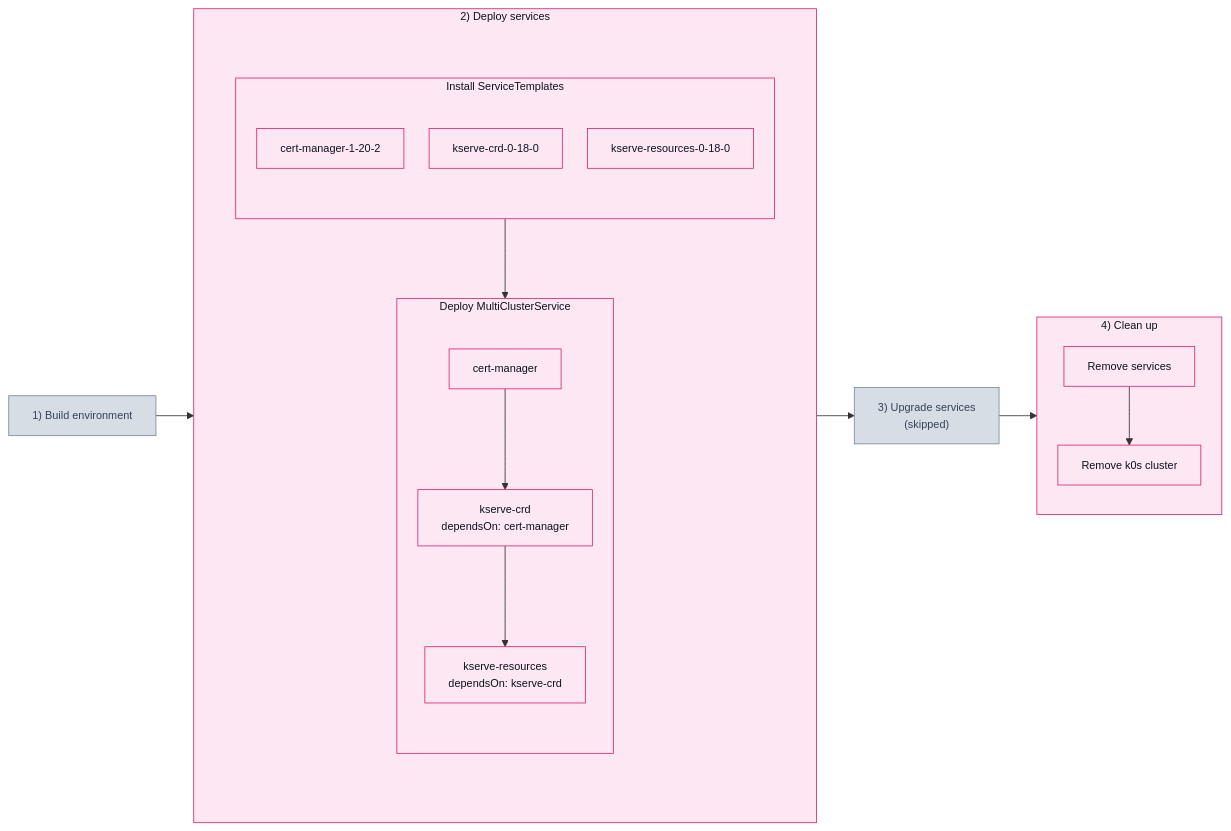
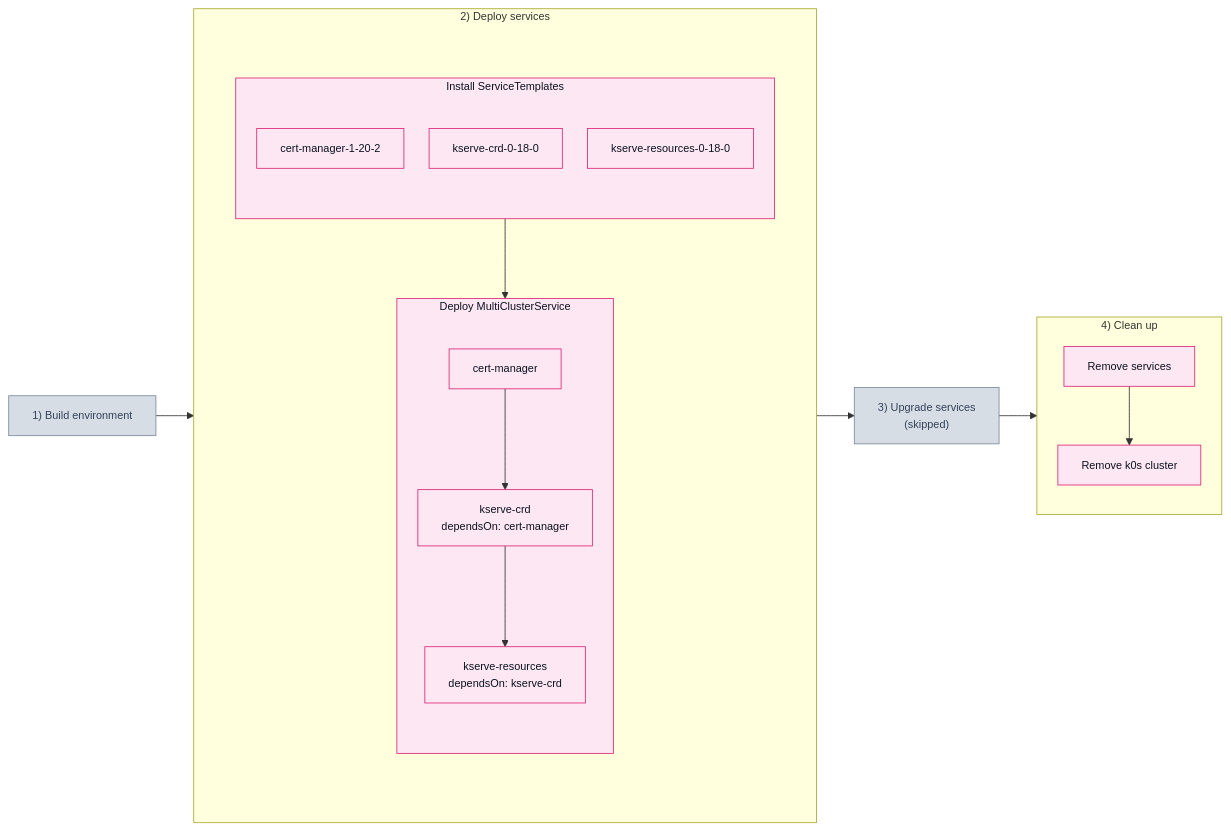
Before and after one commit to josef-hak/ksm-tests: the second of 2 diagrams in test_scenarios/201_svcdep.md, drawn with Mermaid.

Commit message:
docs: leave the phase frames unstyled

````diff
--- a/test_scenarios/201_svcdep.md
+++ b/test_scenarios/201_svcdep.md
@@ -29,40 +29,40 @@
 ```mermaid
 %%{init: {'themeVariables': {'fontFamily': 'ui-monospace, SFMono-Regular, Menlo, Consolas, monospace', 'fontSize': '13px'}, 'flowchart': {'padding': 14, 'nodeSpacing': 30, 'rankSpacing': 45}}}%%
 flowchart LR
     P1["1) Build environment"]
 
     subgraph P2["2) Deploy services"]
         subgraph W2[" "]
             direction TB
             subgraph D1["Install ServiceTemplates"]
                 direction TB
                 T1["cert-manager-1-20-2"]
                 T2["kserve-crd-0-18-0"]
                 T3["kserve-resources-0-18-0"]
             end
 
             subgraph D2["Deploy MultiClusterService"]
                 direction TB
                 M1["cert-manager"] --> M2["kserve-crd<br/>dependsOn: cert-manager"] --> M3["kserve-resources<br/>dependsOn: kserve-crd"]
             end
 
             D1 --> D2
         end
     end
 
     P3["3) Upgrade services<br/>(skipped)"]
 
     subgraph P4["4) Clean up"]
         C1["Remove services"] --> C2["Remove k0s cluster"]
     end
 
     P1 --> P2 --> P3 --> P4
 
     classDef off fill:#d7dde5,stroke:#7c8a9c,color:#33415a
     classDef pink fill:#fce7f3,stroke:#db2777,color:#0b1220
     classDef bare fill:none,stroke:none
 
     class P1,P3 off
-    class P2,P4,D1,D2,T1,T2,T3,M1,M2,M3,C1,C2 pink
+    class D1,D2,T1,T2,T3,M1,M2,M3,C1,C2 pink
     class W2 bare
 ```
````
